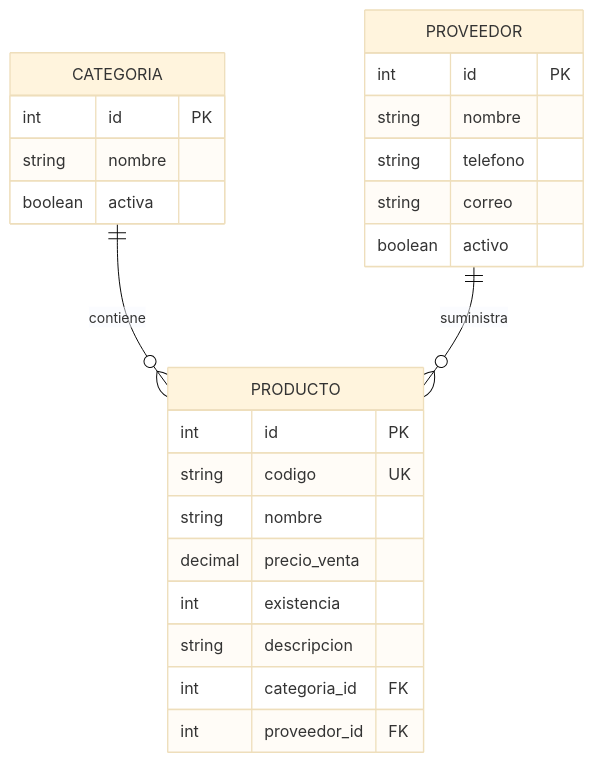
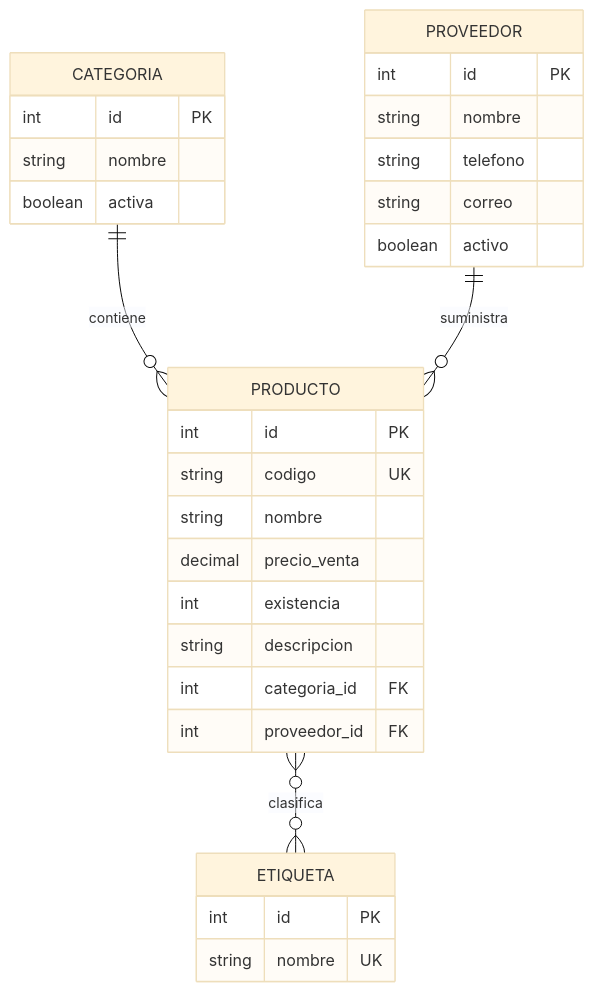
Before and after one commit to Stephggg/gestion-productos: the diagram in ENTREGA.md, drawn with Mermaid (base theme). The commit also changed other lines of this file and 17 other files, not shown here.

````diff
--- a/ENTREGA.md
+++ b/ENTREGA.md
@@ -12,27 +14,32 @@
 ```mermaid
 erDiagram
     CATEGORIA ||--o{ PRODUCTO : contiene
     PROVEEDOR ||--o{ PRODUCTO : suministra
+    PRODUCTO }o--o{ ETIQUETA : clasifica
     CATEGORIA {
         int id PK
         string nombre
         boolean activa
     }
     PRODUCTO {
         int id PK
         string codigo UK
         string nombre
         decimal precio_venta
         int existencia
         string descripcion
         int categoria_id FK
         int proveedor_id FK
     }
     PROVEEDOR {
         int id PK
         string nombre
         string telefono
         string correo
         boolean activo
     }
+      ETIQUETA {
+        int id PK
+        string nombre UK
+      }
 ```
````
